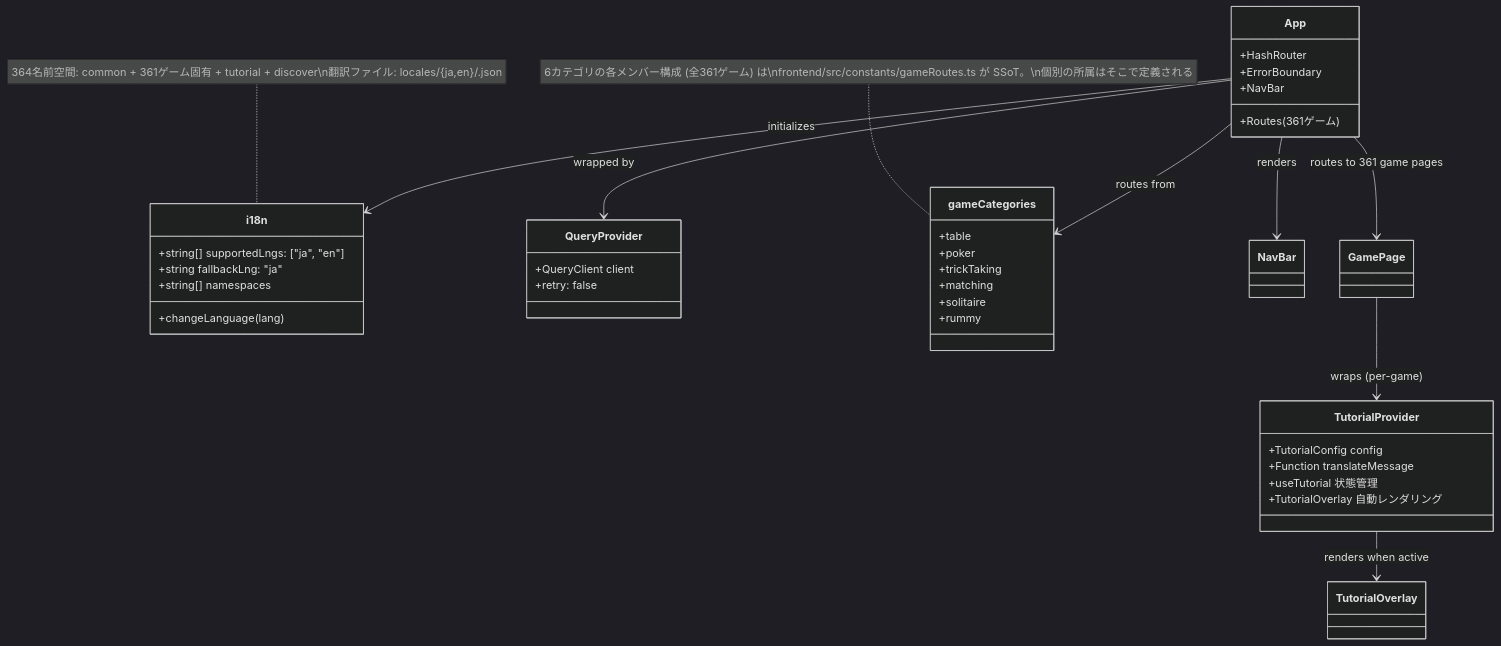
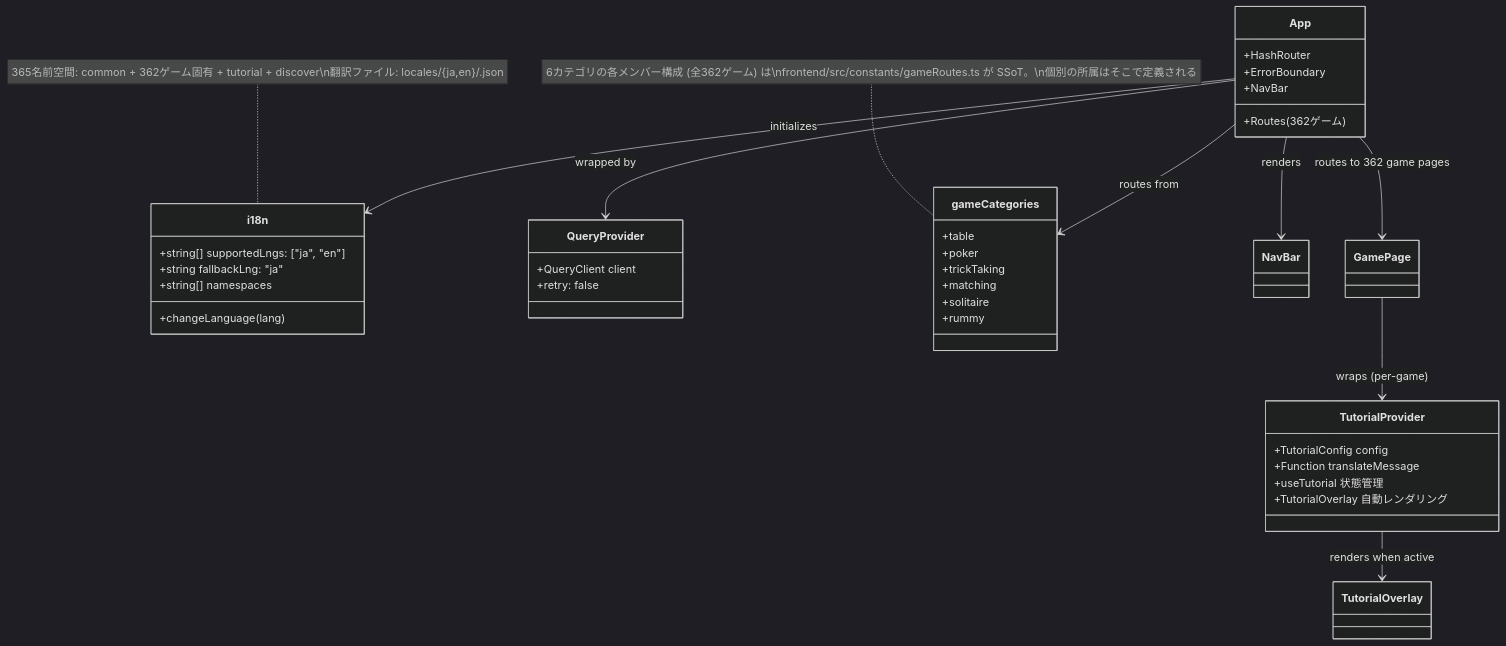
The ninth of 49 diagrams in docs/design/frontend.md (yuta-yoshinaga/go_trumpcards), drawn with Mermaid (dark theme) before and after one commit. The commit also changed other lines of this file and 65 other files, not shown here.

````diff
--- a/docs/design/frontend.md
+++ b/docs/design/frontend.md
@@ -1874,48 +1874,48 @@
 ```mermaid
 classDiagram
     class i18n {
         +string[] supportedLngs: ["ja", "en"]
         +string fallbackLng: "ja"
         +string[] namespaces
         +changeLanguage(lang)
     }
 
     class QueryProvider {
         +QueryClient client
         +retry: false
     }
 
     class App {
         +HashRouter
         +ErrorBoundary
         +NavBar
-        +Routes (361ゲーム)
+        +Routes (362ゲーム)
     }
 
     class gameCategories {
         +table
         +poker
         +trickTaking
         +matching
         +solitaire
         +rummy
     }
-    note for gameCategories "6カテゴリの各メンバー構成 (全361ゲーム) は\nfrontend/src/constants/gameRoutes.ts が SSoT。\n個別の所属はそこで定義される"
+    note for gameCategories "6カテゴリの各メンバー構成 (全362ゲーム) は\nfrontend/src/constants/gameRoutes.ts が SSoT。\n個別の所属はそこで定義される"
 
     class TutorialProvider {
         +TutorialConfig config
         +Function translateMessage
         +useTutorial 状態管理
         +TutorialOverlay 自動レンダリング
     }
 
     App --> QueryProvider : wrapped by
     App --> i18n : initializes
     App --> gameCategories : routes from
     App --> NavBar : renders
-    App --> GamePage : routes to 361 game pages
+    App --> GamePage : routes to 362 game pages
     GamePage --> TutorialProvider : wraps (per-game)
     TutorialProvider --> TutorialOverlay : renders when active
 
-    note for i18n "364名前空間: common + 361ゲーム固有 + tutorial + discover\n翻訳ファイル: locales/{ja,en}/<game>.json"
+    note for i18n "365名前空間: common + 362ゲーム固有 + tutorial + discover\n翻訳ファイル: locales/{ja,en}/<game>.json"
 ```
````
